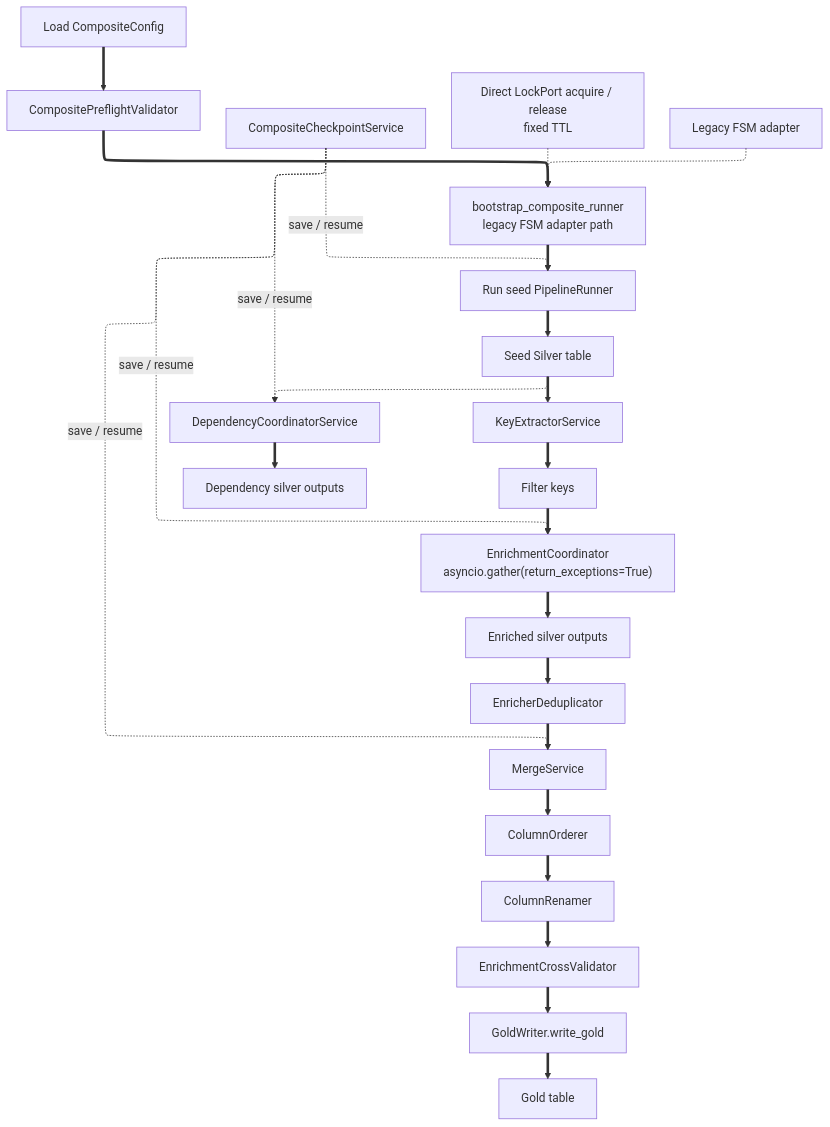
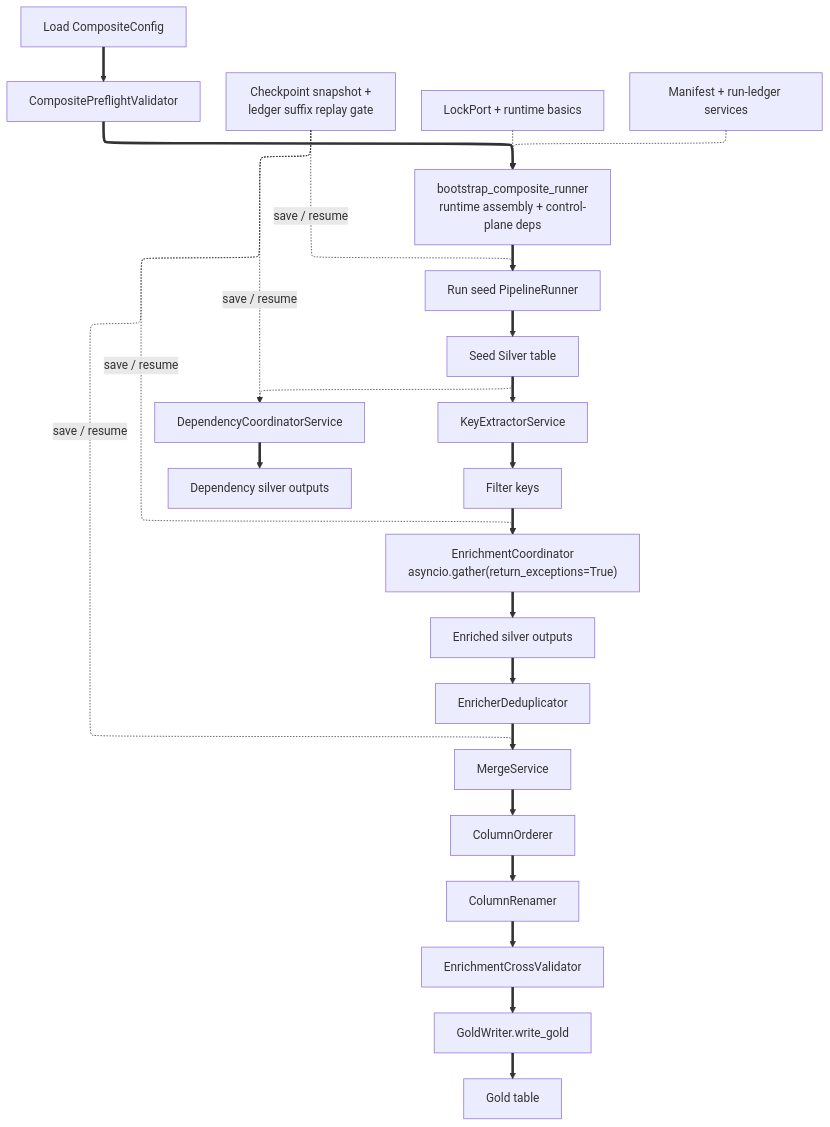
One commit to SatoryKono/BioactivityDataAcquisition changed the diagram in docs/02-architecture/diagrams/views/29-composite-pipeline-workflow-full.mermaid. Above: the diagram before and after it, drawn with Mermaid. The commit also changed 27 other files, not shown here.

```diff
--- a/docs/02-architecture/diagrams/views/29-composite-pipeline-workflow-full.mermaid
+++ b/docs/02-architecture/diagrams/views/29-composite-pipeline-workflow-full.mermaid
@@ -1,28 +1,28 @@
 %% View: Full | Parent: (root)
 %% Parent source: docs/02-architecture/diagrams/foundation/29-composite-pipeline-workflow.mmd
 %% Full reference diagram synced with the canonical composite-workflow source.
 %% Title: Composite Pipeline Full Workflow — Seed to Gold (ADR-026)
-%% Covers: application/composite runner, checkpoint service, runtime bootstrap
-%% Updated: 2026-03-16
+%% Covers: application/composite runner, checkpoint snapshot + ledger replay, runtime bootstrap
+%% Updated: 2026-04-02
 
-%% @version 1.1.0
-%% @date    2026-03-16
+%% @version 1.2.0
+%% @date    2026-04-02
 %% @type    flowchart
 %% @level   Mixed (System / Component / Class)
 %% @uniform width=280 height=96 max_title_len=26 max_desc_lines=3
 %%{init: {'layout': 'elk', 'flowchart': {'subGraphTitleMargin': {'top': 12, 'bottom': 12}}, 'elk': {'mergeEdges': true, 'nodePlacementStrategy': 'BRANDES_KOEPF', 'edgeRouting': 'ORTHOGONAL'}}}%%
 flowchart TB
-    CFG["Load CompositeConfig"] ==> PFV["CompositePreflightValidator"] ==> BOOT["bootstrap_composite_runner<br/>legacy FSM adapter path"]
+    CFG["Load CompositeConfig"] ==> PFV["CompositePreflightValidator"] ==> BOOT["bootstrap_composite_runner<br/>runtime assembly + control-plane deps"]
     BOOT ==> SP["Run seed PipelineRunner"] ==> SB["Seed Silver table"]
     SB -.-> DC["DependencyCoordinatorService"] ==> DOUT["Dependency silver outputs"]
     SB ==> KE["KeyExtractorService"] ==> KEYS["Filter keys"]
     KEYS ==> EC["EnrichmentCoordinator<br/>asyncio.gather(return_exceptions=True)"]
     EC ==> EOUT["Enriched silver outputs"]
     EOUT ==> DD["EnricherDeduplicator"] ==> MS["MergeService"] ==> CO["ColumnOrderer"] ==> CR["ColumnRenamer"]
     CR ==> XV["EnrichmentCrossValidator"] ==> GW["GoldWriter.write_gold"] ==> GT["Gold table"]
-    CCM["CompositeCheckpointService"] -.->|"save / resume"| SP
+    CCM["Checkpoint snapshot +<br/>ledger suffix replay gate"] -.->|"save / resume"| SP
     CCM -.->|"save / resume"| DC
     CCM -.->|"save / resume"| EC
     CCM -.->|"save / resume"| MS
-    LOCK["Direct LockPort acquire / release<br/>fixed TTL"] -.-> BOOT
-    FSM["Legacy FSM adapter"] -.-> BOOT
+    LOCK["LockPort + runtime basics"] -.-> BOOT
+    CPL["Manifest + run-ledger services"] -.-> BOOT
```
